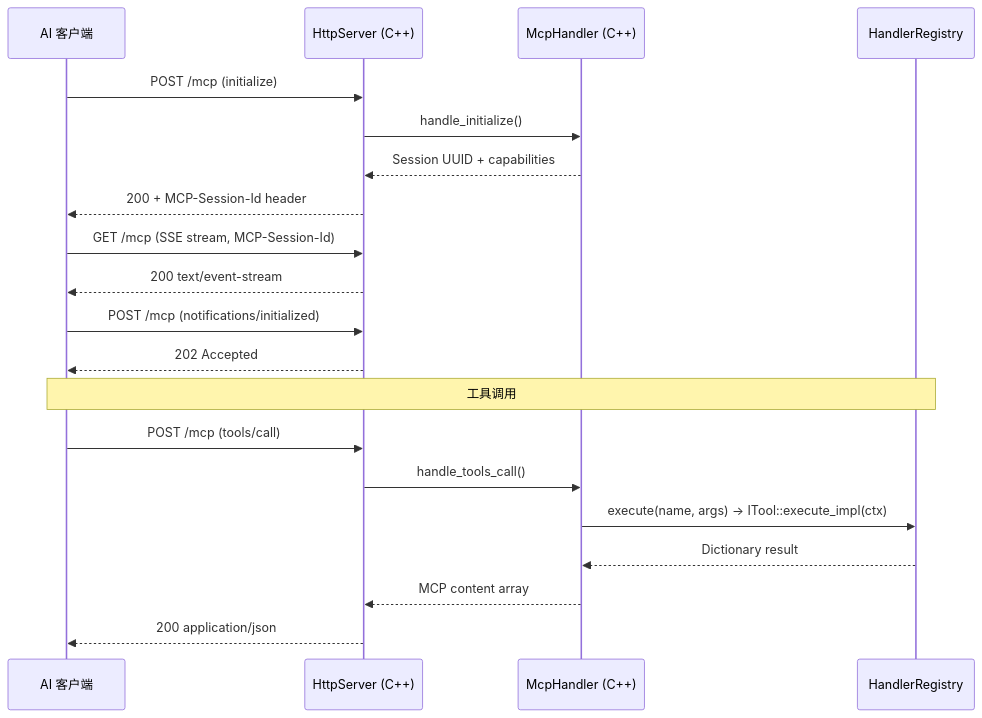
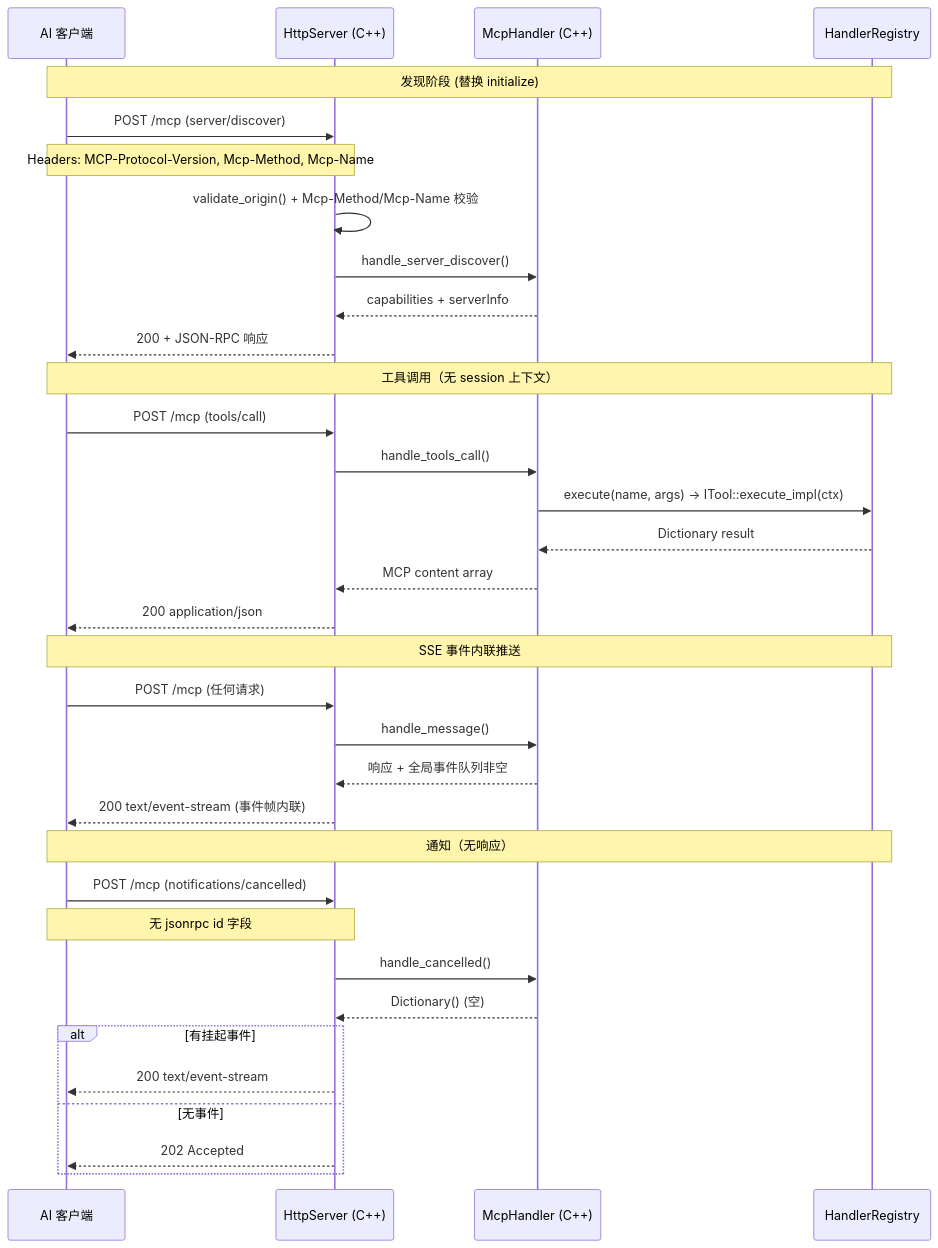
The diagram in .repo_wiki/modules/ipc-bridge.md (jesspig/GodotMCP-GDExtension), drawn with Mermaid before and after one commit. The commit also changed other lines of this file and 13 other files, not shown here.

````diff
--- a/.repo_wiki/modules/ipc-bridge.md
+++ b/.repo_wiki/modules/ipc-bridge.md
@@ -7,27 +7,44 @@
 ```mermaid
 sequenceDiagram
     participant Client as AI 客户端
     participant HTTP as HttpServer (C++)
     participant MCP as McpHandler (C++)
     participant REG as HandlerRegistry
     
-    Client->>HTTP: POST /mcp (initialize)
-    HTTP->>MCP: handle_initialize()
-    MCP-->>HTTP: Session UUID + capabilities
-    HTTP-->>Client: 200 + MCP-Session-Id header
+    Note over Client,REG: 发现阶段 (替换 initialize)
     
-    Client->>HTTP: GET /mcp (SSE stream, MCP-Session-Id)
-    HTTP-->>Client: 200 text/event-stream
+    Client->>HTTP: POST /mcp (server/discover)
+    Note over Client,HTTP: Headers: MCP-Protocol-Version, Mcp-Method, Mcp-Name
+    HTTP->>HTTP: validate_origin() + Mcp-Method/Mcp-Name 校验
+    HTTP->>MCP: handle_server_discover()
+    MCP-->>HTTP: capabilities + serverInfo
+    HTTP-->>Client: 200 + JSON-RPC 响应
     
-    Client->>HTTP: POST /mcp (notifications/initialized)
-    HTTP-->>Client: 202 Accepted
-    
-    Note over Client,REG: 工具调用
+    Note over Client,REG: 工具调用（无 session 上下文）
     
     Client->>HTTP: POST /mcp (tools/call)
     HTTP->>MCP: handle_tools_call()
     MCP->>REG: execute(name, args) → ITool::execute_impl(ctx)
     REG-->>MCP: Dictionary result
     MCP-->>HTTP: MCP content array
     HTTP-->>Client: 200 application/json
+    
+    Note over Client,REG: SSE 事件内联推送
+    
+    Client->>HTTP: POST /mcp (任何请求)
+    HTTP->>MCP: handle_message()
+    MCP-->>HTTP: 响应 + 全局事件队列非空
+    HTTP-->>Client: 200 text/event-stream (事件帧内联)
+    
+    Note over Client,REG: 通知（无响应）
+    
+    Client->>HTTP: POST /mcp (notifications/cancelled)
+    Note over Client,HTTP: 无 jsonrpc id 字段
+    HTTP->>MCP: handle_cancelled()
+    MCP-->>HTTP: Dictionary() (空)
+    alt 有挂起事件
+        HTTP-->>Client: 200 text/event-stream
+    else 无事件
+        HTTP-->>Client: 202 Accepted
+    end
 ```
````
